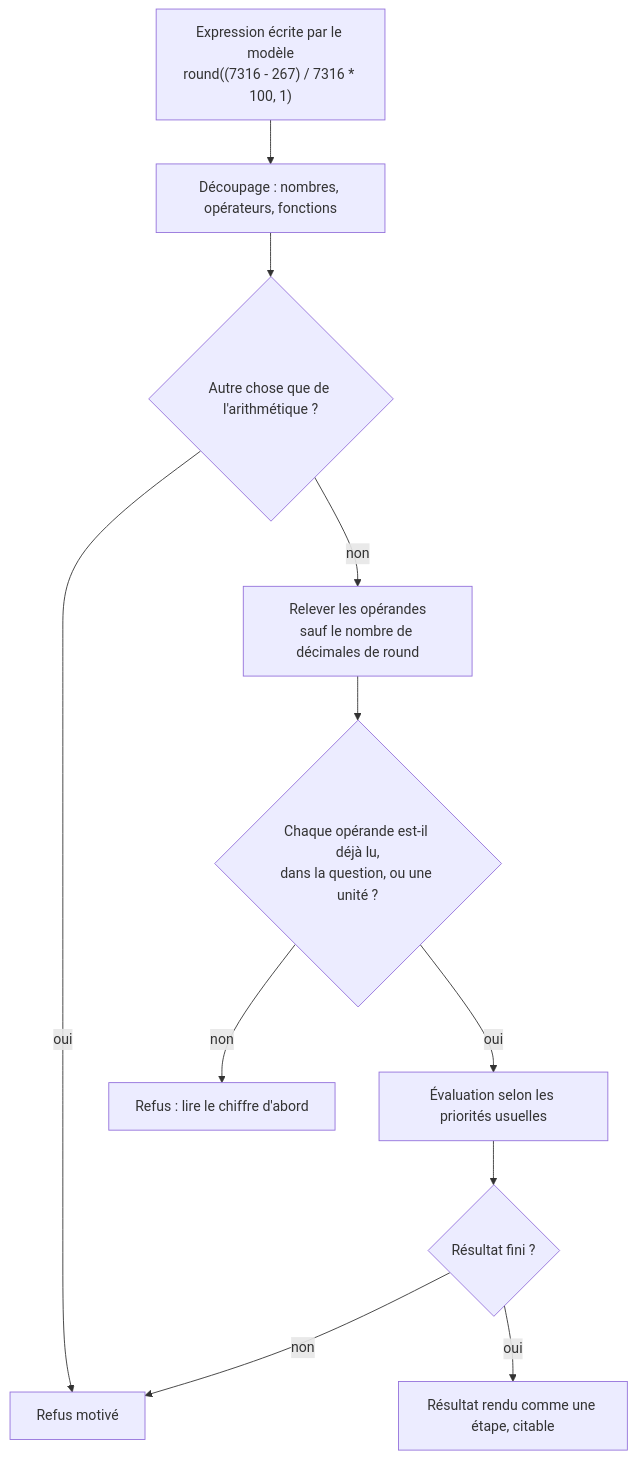
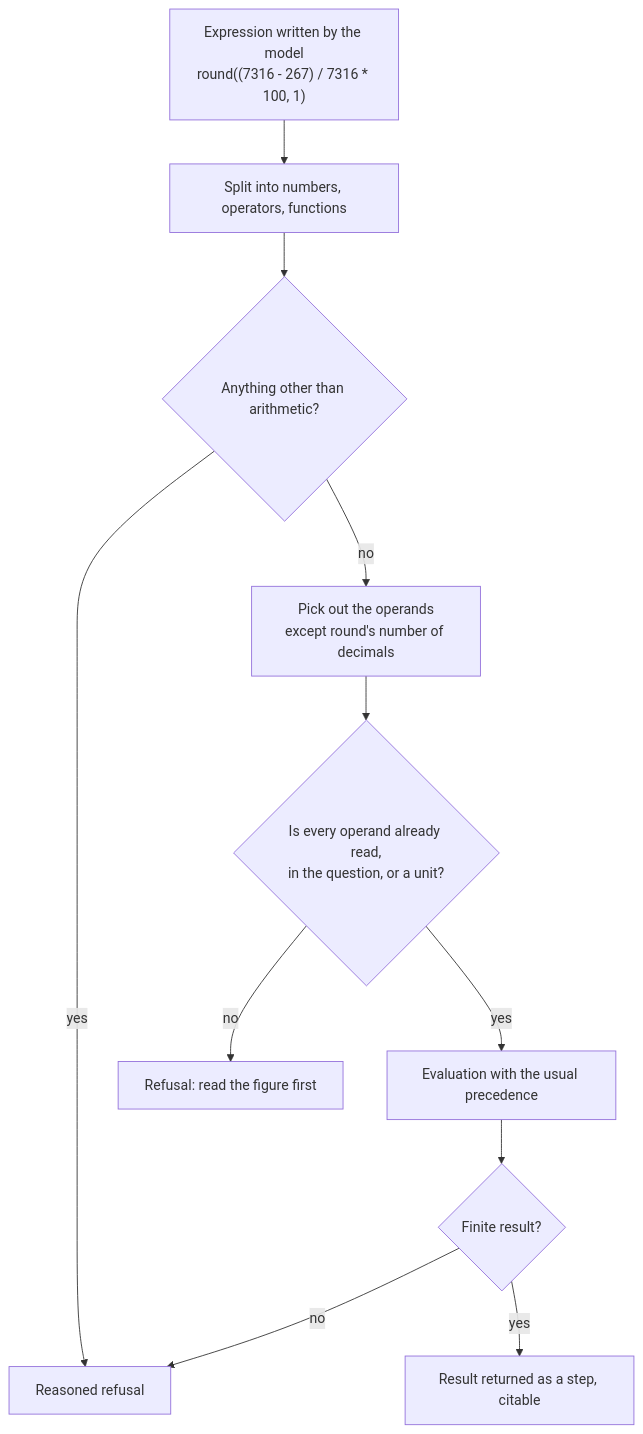
One commit to V1ktor7/obscyro changed the third of 30 diagrams in frontend/content/docs/product/algorithms.md. Above: the diagram before and after it, drawn with Mermaid. The commit also changed other lines of this file and 15 other files, not shown here.

````diff
--- a/frontend/content/docs/product/algorithms.md
+++ b/frontend/content/docs/product/algorithms.md
@@ -156,13 +157,13 @@
 ```mermaid
 flowchart TD
-    A["Expression écrite par le modèle<br/>round((7316 - 267) / 7316 * 100, 1)"] --> B["Découpage : nombres, opérateurs, fonctions"]
-    B --> C{"Autre chose que de l'arithmétique ?"}
-    C -->|"oui"| X["Refus motivé"]
-    C -->|"non"| D["Relever les opérandes<br/>sauf le nombre de décimales de round"]
-    D --> E{"Chaque opérande est-il déjà lu,<br/>dans la question, ou une unité ?"}
-    E -->|"non"| Y["Refus : lire le chiffre d'abord"]
-    E -->|"oui"| F["Évaluation selon les priorités usuelles"]
-    F --> G{"Résultat fini ?"}
-    G -->|"non"| X
-    G -->|"oui"| H["Résultat rendu comme une étape, citable"]
+    A["Expression written by the model<br/>round((7316 - 267) / 7316 * 100, 1)"] --> B["Split into numbers, operators, functions"]
+    B --> C{"Anything other than arithmetic?"}
+    C -->|"yes"| X["Reasoned refusal"]
+    C -->|"no"| D["Pick out the operands<br/>except round's number of decimals"]
+    D --> E{"Is every operand already read,<br/>in the question, or a unit?"}
+    E -->|"no"| Y["Refusal: read the figure first"]
+    E -->|"yes"| F["Evaluation with the usual precedence"]
+    F --> G{"Finite result?"}
+    G -->|"no"| X
+    G -->|"yes"| H["Result returned as a step, citable"]
 ```
````
